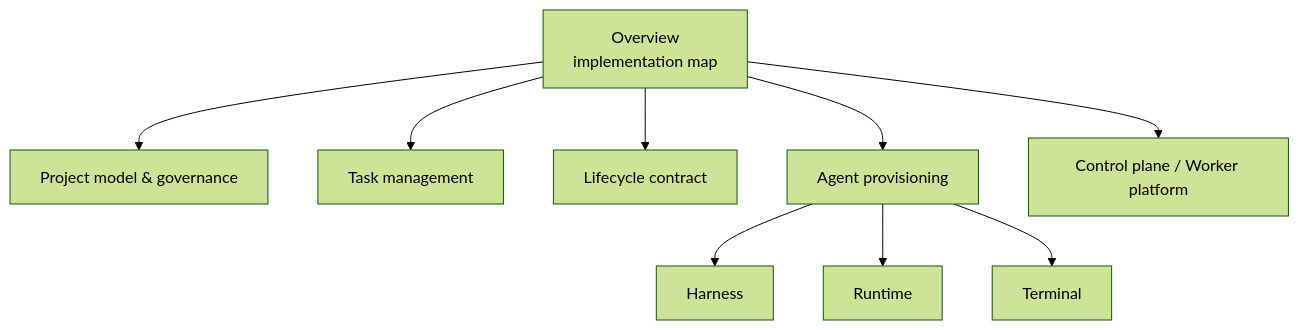
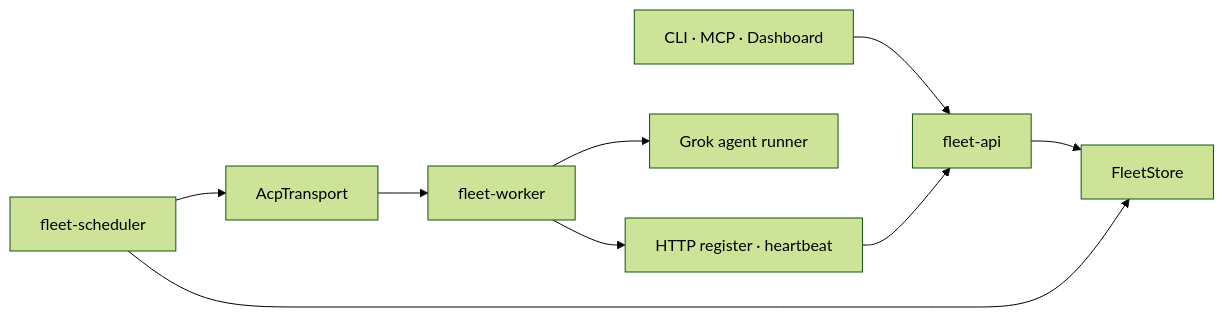
One commit to yarang/grok-fleet-orchestrator changed the diagram in docs/architecture/implementation-reference.md. Above: the diagram before and after it, drawn with Mermaid (forest theme). The commit also changed other lines of this file and 14 other files, not shown here.

Commit message:
docs: restructure architecture domain

````diff
--- a/docs/architecture/implementation-reference.md
+++ b/docs/architecture/implementation-reference.md
@@ -28,11 +20,11 @@
 ```mermaid
-flowchart TD
-    Overview["Overview\nimplementation map"] --> Project["Project model & governance"]
-    Overview --> Task["Task management"]
-    Overview --> Life["Lifecycle contract"]
-    Overview --> Provision["Agent provisioning"]
-    Provision --> Harness["Harness"]
-    Provision --> Runtime["Runtime"]
-    Provision --> Terminal["Terminal"]
-    Overview --> Platform["Control plane / Worker platform"]
+flowchart LR
+    Client["CLI · MCP · Dashboard"] --> API["fleet-api"]
+    API --> Store["FleetStore"]
+    Scheduler["fleet-scheduler"] --> Store
+    Scheduler --> Transport["AcpTransport"]
+    Transport --> Worker["fleet-worker"]
+    Worker --> Runner["Grok agent runner"]
+    Worker --> Register["HTTP register · heartbeat"]
+    Register --> API
 ```
````
